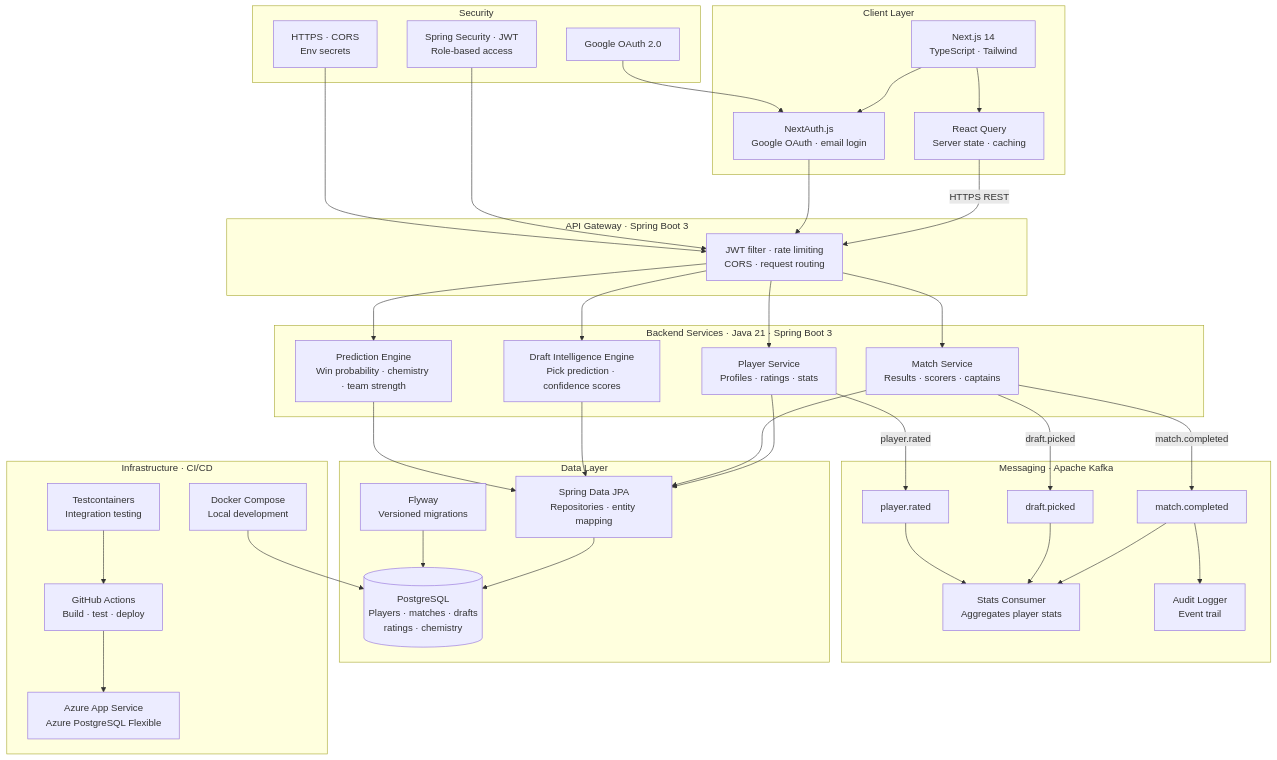
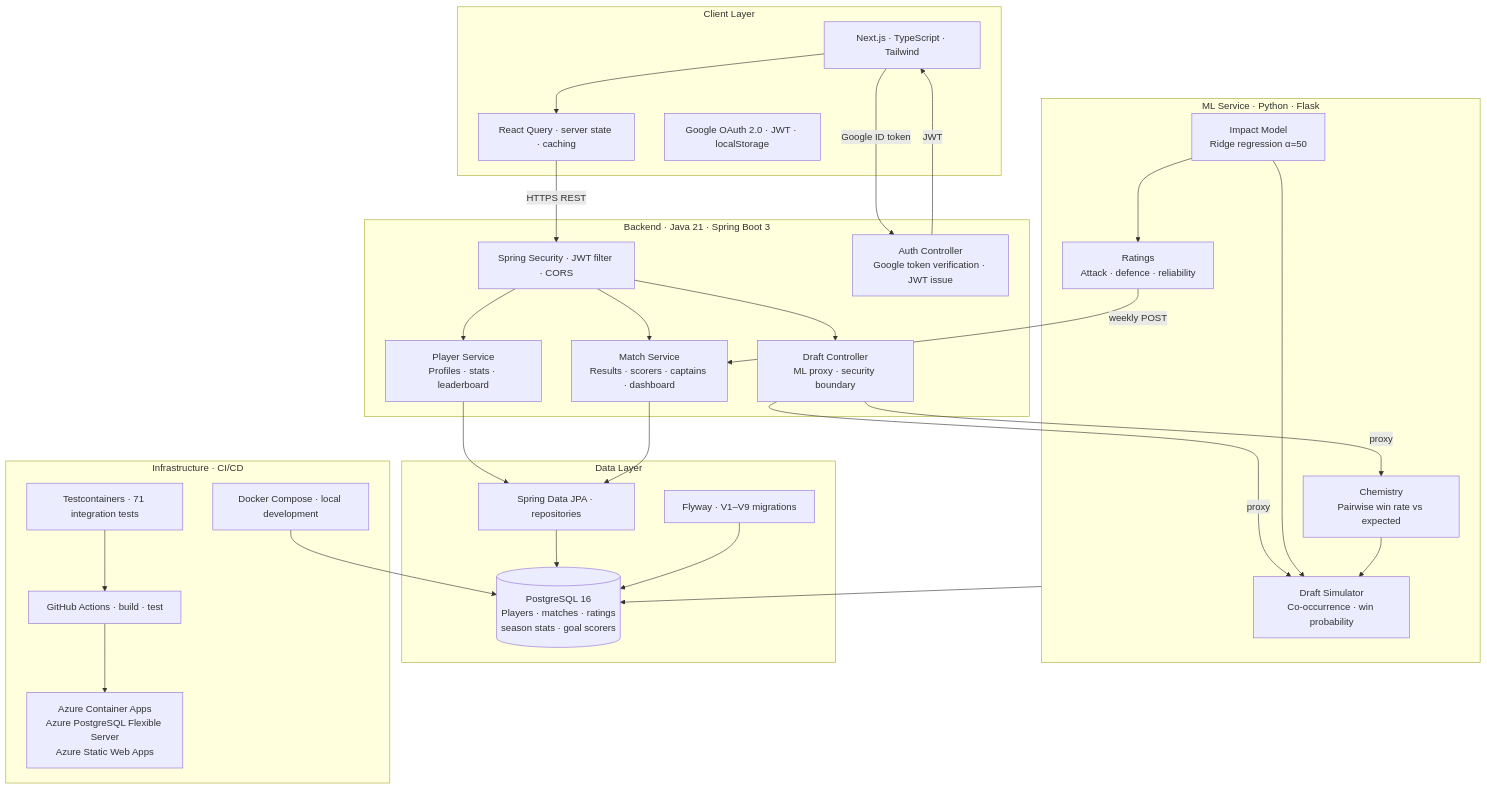
One commit to K-Vasantharajah/mnf-manager changed the diagram in docs/architecture.md. Above: the diagram before and after it, drawn with Mermaid. The commit also changed other lines of this file, not shown here.

Commit message:
docs: update architecture diagram and design decisions
- Remove Kafka, NextAuth, and API gateway (never implemented)
- Add ML service, Flask, ridge regression model
- Add DraftController as ML proxy security boundary
- Update to V1-V9 migrations, 71 tests, Azure deployment target
- Rewrite design decisions to reflect actual system

````diff
--- a/docs/architecture.md
+++ b/docs/architecture.md
@@ -7,81 +5,63 @@
 ```mermaid
 graph TD
     subgraph Client["Client Layer"]
-        FE["Next.js 14\nTypeScript · Tailwind"]
-        RQ["React Query\nServer state · caching"]
-        AUTH["NextAuth.js\nGoogle OAuth · email login"]
+        FE["Next.js · TypeScript · Tailwind"]
+        RQ["React Query · server state · caching"]
+        AUTH["Google OAuth 2.0 · JWT · localStorage"]
     end
 
-    subgraph Gateway["API Gateway · Spring Boot 3"]
-        GW["JWT filter · rate limiting\nCORS · request routing"]
+    subgraph Backend["Backend · Java 21 · Spring Boot 3"]
+        SEC["Spring Security · JWT filter · CORS"]
+        PS["Player Service\nProfiles · stats · leaderboard"]
+        MS["Match Service\nResults · scorers · captains · dashboard"]
+        AC["Auth Controller\nGoogle token verification · JWT issue"]
+        DC["Draft Controller\nML proxy · security boundary"]
     end
 
-    subgraph Services["Backend Services · Java 21 · Spring Boot 3"]
-        PS["Player Service\nProfiles · ratings · stats"]
-        MS["Match Service\nResults · scorers · captains"]
-        DE["Draft Intelligence Engine\nPick prediction · confidence scores"]
-        PE["Prediction Engine\nWin probability · chemistry · team strength"]
-    end
-
-    subgraph Messaging["Messaging · Apache Kafka"]
-        K1["match.completed"]
-        K2["draft.picked"]
-        K3["player.rated"]
-        SC["Stats Consumer\nAggregates player stats"]
-        AU["Audit Logger\nEvent trail"]
+    subgraph ML["ML Service · Python · Flask"]
+        IM["Impact Model\nRidge regression α=50"]
+        RA["Ratings\nAttack · defence · reliability"]
+        CH["Chemistry\nPairwise win rate vs expected"]
+        DR["Draft Simulator\nCo-occurrence · win probability"]
     end
 
     subgraph Data["Data Layer"]
-        DB[("PostgreSQL\nPlayers · matches · drafts\nratings · chemistry")]
-        FW["Flyway\nVersioned migrations"]
-        JPA["Spring Data JPA\nRepositories · entity mapping"]
-    end
-
-    subgraph Security["Security"]
-        SEC["Spring Security · JWT\nRole-based access"]
-        OA["Google OAuth 2.0"]
-        TLS["HTTPS · CORS\nEnv secrets"]
+        DB[("PostgreSQL 16\nPlayers · matches · ratings\nseason stats · goal scorers")]
+        FW["Flyway · V1–V9 migrations"]
+        JPA["Spring Data JPA · repositories"]
     end
 
     subgraph Infra["Infrastructure · CI/CD"]
-        DC["Docker Compose\nLocal development"]
-        TC["Testcontainers\nIntegration testing"]
-        GA["GitHub Actions\nBuild · test · deploy"]
-        AZ["Azure App Service\nAzure PostgreSQL Flexible"]
+        DC2["Docker Compose · local development"]
+        TC["Testcontainers · 71 integration tests"]
+        GA["GitHub Actions · build · test"]
+        AZ["Azure Container Apps\nAzure PostgreSQL Flexible Server\nAzure Static Web Apps"]
     end
 
     FE --> RQ
-    FE --> AUTH
-    RQ -->|HTTPS REST| GW
-    AUTH --> GW
+    RQ -->|HTTPS REST| SEC
+    FE -->|Google ID token| AC
+    AC -->|JWT| FE
 
-    GW --> PS
-    GW --> MS
-    GW --> DE
-    GW --> PE
+    SEC --> PS
+    SEC --> MS
+    SEC --> DC
 
-    PS -->|player.rated| K3
-    MS -->|match.completed| K1
-    MS -->|draft.picked| K2
-
-    K1 --> SC
-    K2 --> SC
-    K3 --> SC
-    K1 --> AU
+    DC -->|proxy| DR
+    DC -->|proxy| CH
 
     PS --> JPA
     MS --> JPA
-    DE --> JPA
-    PE --> JPA
-
     JPA --> DB
     FW --> DB
 
-    SEC --> GW
-    OA --> AUTH
-    TLS --> GW
+    IM --> RA
+    IM --> DR
+    RA -->|weekly POST| MS
+    CH --> DR
+    ML --> DB
 
-    DC --> DB
+    DC2 --> DB
     TC --> GA
     GA --> AZ
 ```
````
